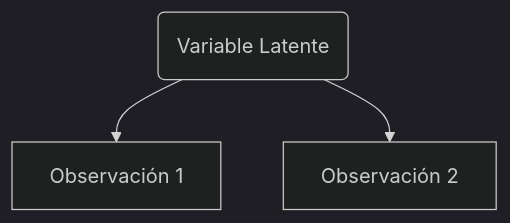
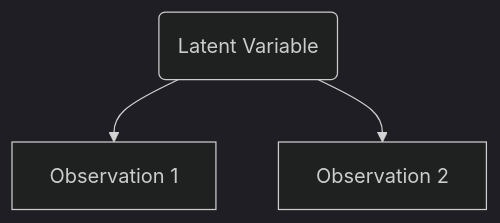
Before and after one commit to abcsds/HeartRateLab.jl: the first of 2 diagrams in docs/slides/HeartRateLab.qmd, drawn with Mermaid (dark theme). The commit also changed other lines of this file and 10 other files, not shown here.

````diff
--- a/docs/slides/HeartRateLab.qmd
+++ b/docs/slides/HeartRateLab.qmd
@@ -726,6 +1112,6 @@
 ```{mermaid}
 %%| fig-width: 6.5
 graph TD
-    A(Variable Latente) --> B[Observación 1]
-    A --> C[Observación 2]
+    A(Latent Variable) --> B[Observation 1]
+    A --> C[Observation 2]
 ```
````
